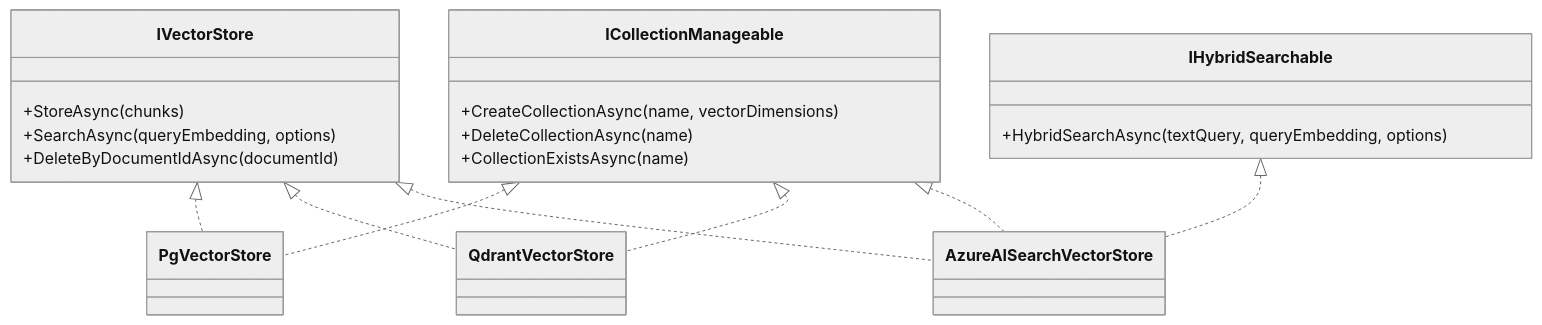
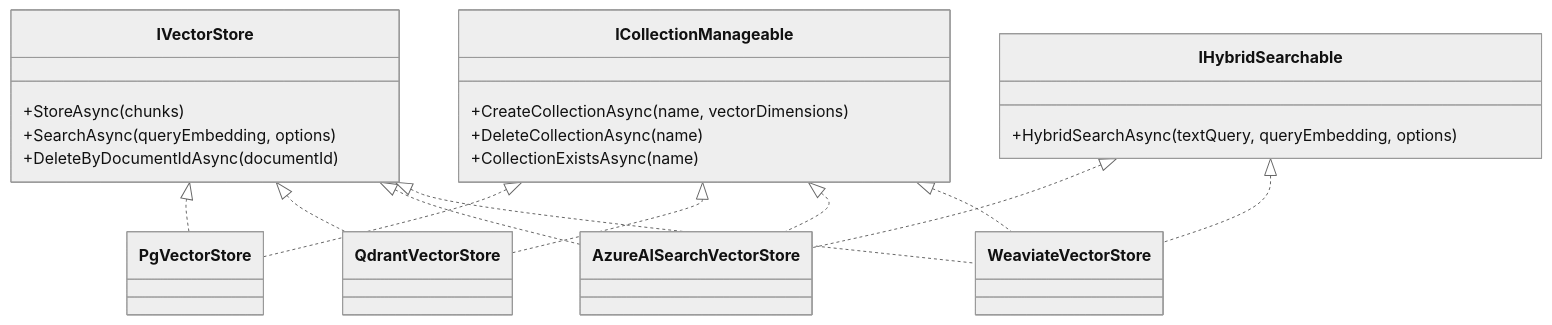
The diagram in docs/guide/vector-stores.md (MarcelRoozekrans/Rag.NET), drawn with Mermaid (neutral theme) before and after one commit. The commit also changed other lines of this file and 3 other files, not shown here.

First line of the commit message:
docs(vector-stores): Weaviate guide section; tick feature

````diff
--- a/docs/guide/vector-stores.md
+++ b/docs/guide/vector-stores.md
@@ -27,29 +27,34 @@
 ```mermaid
 classDiagram
     class IVectorStore {
         +StoreAsync(chunks)
         +SearchAsync(queryEmbedding, options)
         +DeleteByDocumentIdAsync(documentId)
     }
     class IHybridSearchable {
         +HybridSearchAsync(textQuery, queryEmbedding, options)
     }
     class ICollectionManageable {
         +CreateCollectionAsync(name, vectorDimensions)
         +DeleteCollectionAsync(name)
         +CollectionExistsAsync(name)
     }
     class PgVectorStore {
     }
     class QdrantVectorStore {
     }
     class AzureAISearchVectorStore {
     }
+    class WeaviateVectorStore {
+    }
     IVectorStore <|.. PgVectorStore
     ICollectionManageable <|.. PgVectorStore
     IVectorStore <|.. QdrantVectorStore
     ICollectionManageable <|.. QdrantVectorStore
     IVectorStore <|.. AzureAISearchVectorStore
     IHybridSearchable <|.. AzureAISearchVectorStore
     ICollectionManageable <|.. AzureAISearchVectorStore
+    IVectorStore <|.. WeaviateVectorStore
+    IHybridSearchable <|.. WeaviateVectorStore
+    ICollectionManageable <|.. WeaviateVectorStore
 ```
````
